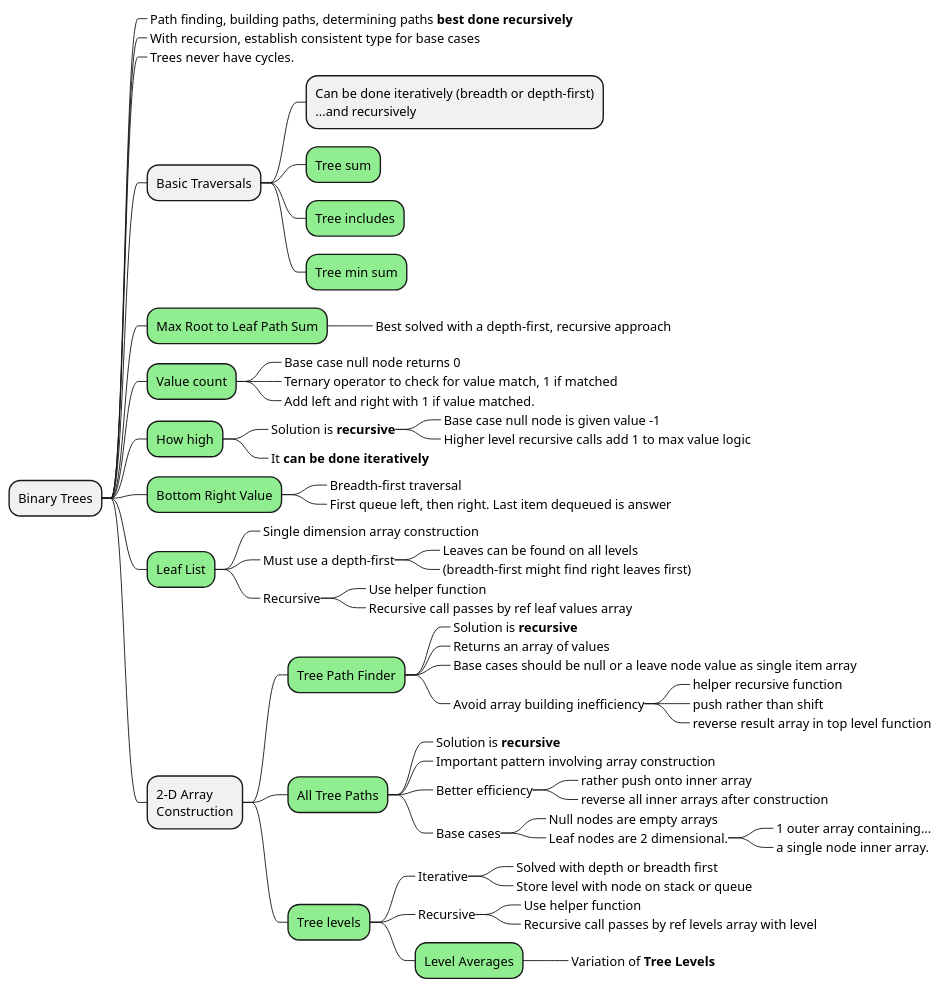
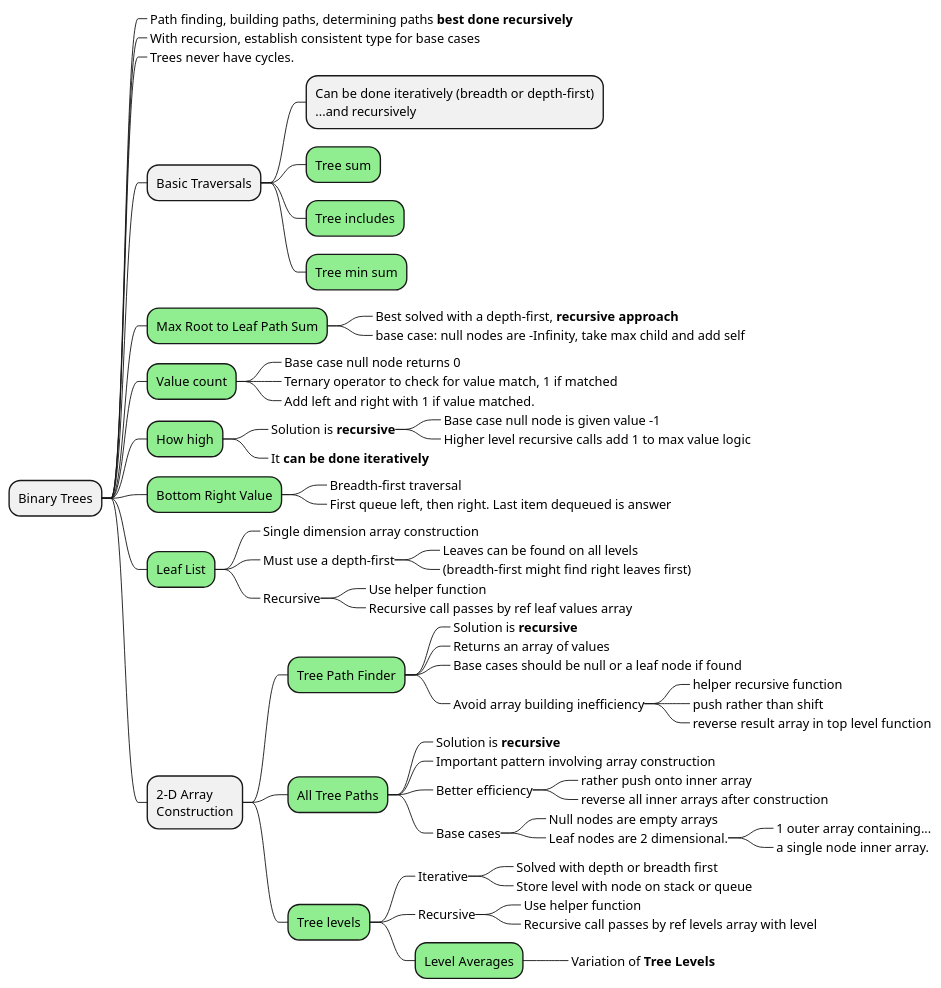
One commit to bobbyache/study-diagrams changed the diagram in alvin/binary-trees-mindmap.plantuml. Above: the diagram before and after it, drawn with PlantUML. The commit also changed 1 other file, not shown here.

Commit message:
Some more array and string stuff

```diff
--- a/alvin/binary-trees-mindmap.plantuml
+++ b/alvin/binary-trees-mindmap.plantuml
@@ -1,97 +1,98 @@
-@startmindmap
+@startmindmap "Binary Trees"
 
 + Binary Trees
 ++_ Path finding, building paths, determining paths **best done recursively**
 ++_ With recursion, establish consistent type for base cases
 ++_ Trees never have cycles.
 
 ++ Basic Traversals
 +++ Can be done iteratively (breadth or depth-first)\n...and recursively
 +++[#lightgreen] Tree sum
 +++[#lightgreen] Tree includes
 +++[#lightgreen] Tree min sum
 
 ++[#lightgreen] Max Root to Leaf Path Sum
-+++_ Best solved with a depth-first, recursive approach
++++_ Best solved with a depth-first, **recursive approach**
++++_ base case: null nodes are -Infinity, take max child and add self
 
 ++[#lightgreen] Value count
 +++_ Base case null node returns 0
 +++_ Ternary operator to check for value match, 1 if matched
 +++_ Add left and right with 1 if value matched.
 
 ++[#lightgreen] How high
 +++_ Solution is **recursive**
 ++++_ Base case null node is given value -1
 ++++_ Higher level recursive calls add 1 to max value logic
 +++_ It **can be done iteratively**
 
 ++[#lightgreen] Bottom Right Value
 +++_ Breadth-first traversal
 +++_ First queue left, then right. Last item dequeued is answer
 
 ++[#lightgreen] Leaf List
 +++_ Single dimension array construction
 +++_ Must use a depth-first
 ++++_ Leaves can be found on all levels
 ++++_ (breadth-first might find right leaves first)
 +++_ Recursive
 ++++_ Use helper function
 ++++_ Recursive call passes by ref leaf values array
 
 ++ 2-D Array\nConstruction
 
 +++[#lightgreen] Tree Path Finder
 ++++_ Solution is **recursive**
 ++++_ Returns an array of values
-++++_ Base cases should be null or a leave node value as single item array
+++++_ Base cases should be null or a leaf node if found
 ++++_ Avoid array building inefficiency
 +++++_ helper recursive function
 +++++_ push rather than shift
 +++++_ reverse result array in top level function
 
 +++[#lightgreen] All Tree Paths
 ++++_ Solution is **recursive**
 ++++_ Important pattern involving array construction
 ++++_ Better efficiency
 +++++_ rather push onto inner array
 +++++_ reverse all inner arrays after construction
 ++++_ Base cases
 +++++_ Null nodes are empty arrays
 +++++_ Leaf nodes are 2 dimensional.
 ++++++_ 1 outer array containing...
 ++++++_ a single node inner array.
 
 
 +++[#lightgreen] Tree levels
 ++++_ Iterative
 +++++_ Solved with depth or breadth first
 +++++_ Store level with node on stack or queue
 ++++_ Recursive
 +++++_ Use helper function
 +++++_ Recursive call passes by ref levels array with level
 
 ++++[#lightgreen] Level Averages
 +++++_ Variation of **Tree Levels**
 
 
 
 
 ' ++[#lightgreen] Problem
 ' +++_ desc
 ' +++_ des
 ' ++[#lightgreen] Problem
 ' +++_ desc
 ' +++_ des
 ' ++[#lightgreen] Problem
 ' +++_ desc
 ' +++_ des
 ' ++[#lightgreen] Problem
 ' +++_ desc
 ' +++_ des
 ' ++[#lightgreen] Problem
 ' +++_ desc
 ' +++_ des
 
 
 
 @endmindmap
```
